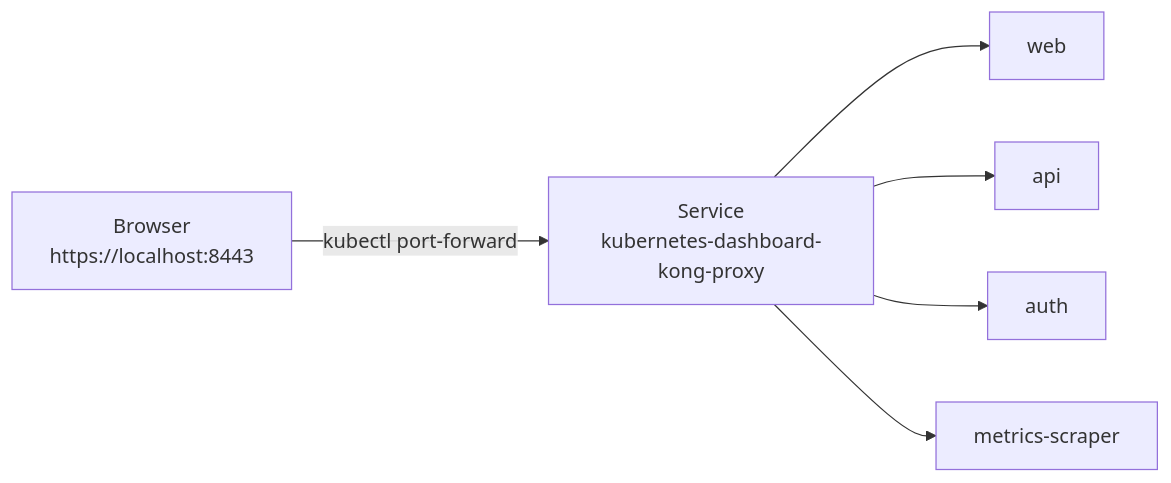
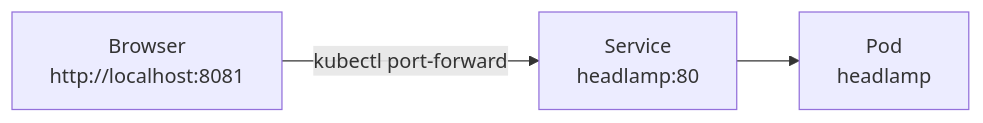
The first of 4 diagrams in README.md (AndriyKalashnykov/kind-cluster), drawn with Mermaid before and after one commit. The commit also changed other lines of this file and 15 other files, not shown here.

````diff
--- a/README.md
+++ b/README.md
@@ -118,8 +118,5 @@
 ```mermaid
 flowchart LR
-    B[Browser<br/>https://localhost:8443] -->|kubectl port-forward| K[Service<br/>kubernetes-dashboard-kong-proxy]
-    K --> W[web]
-    K --> A[api]
-    K --> U[auth]
-    K --> M[metrics-scraper]
+    B[Browser<br/>http://localhost:8081] -->|kubectl port-forward| S[Service<br/>headlamp:80]
+    S --> P[Pod<br/>headlamp]
 ```
````
